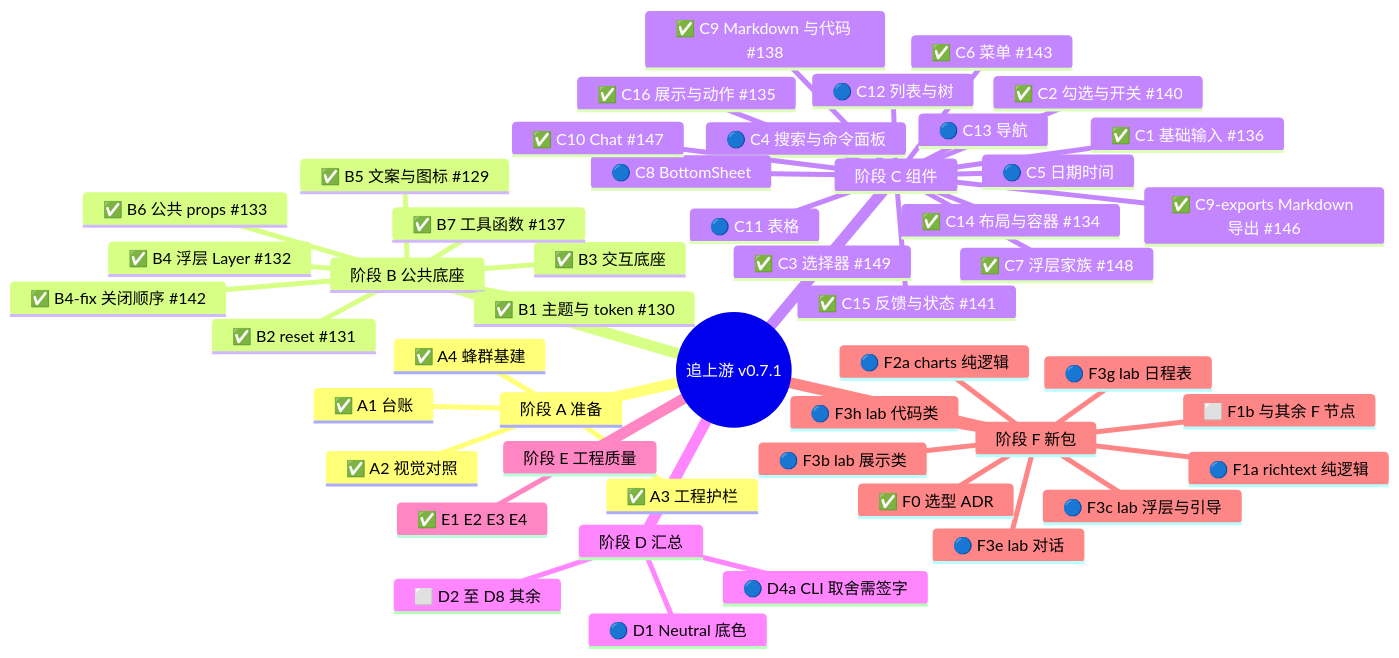
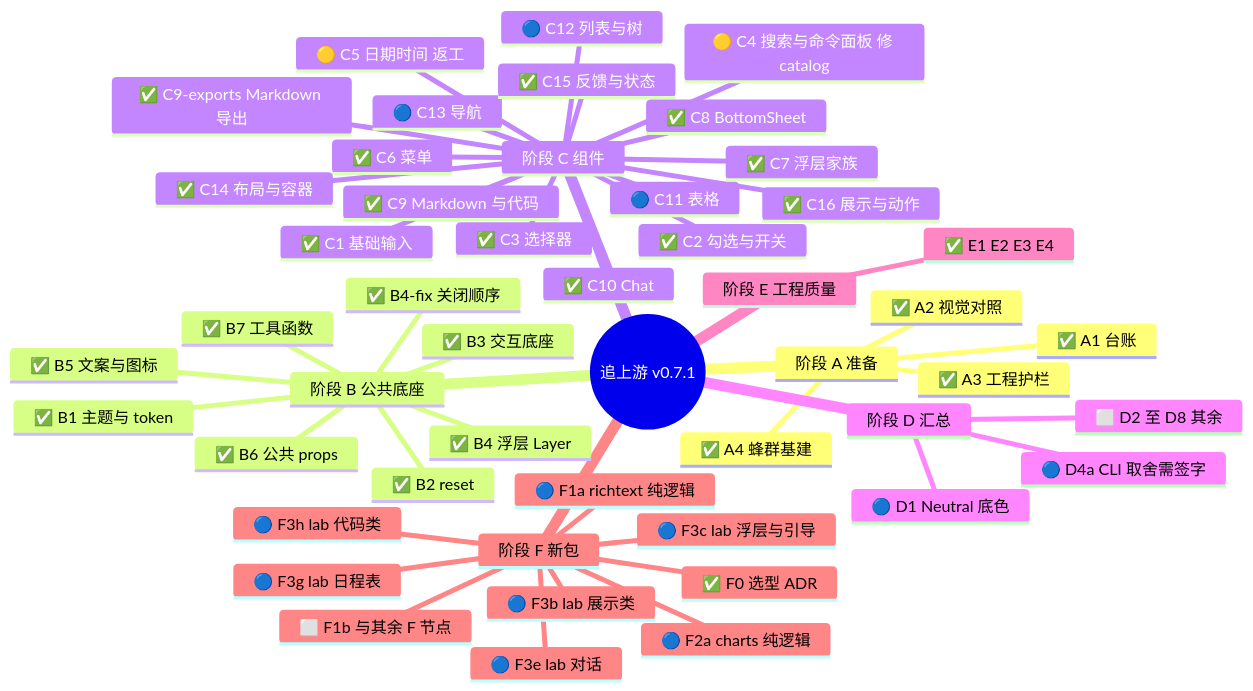
Before and after one commit to astryx-vue/astryx-vue: the diagram in .agents-work/upstream-sync-0.7.1/PR128-BODY.md, drawn with Mermaid. The commit also changed other lines of this file and 2 other files, not shown here.

First line of the commit message:
docs(swarm): 标 C8 已合入，C4 修 catalog，C5 返工

````diff
--- a/.agents-work/upstream-sync-0.7.1/PR128-BODY.md
+++ b/.agents-work/upstream-sync-0.7.1/PR128-BODY.md
@@ -19,52 +11,52 @@
 ```mermaid
 mindmap
   root((追上游 v0.7.1))
     阶段 A 准备
       ✅ A1 台账
       ✅ A2 视觉对照
       ✅ A3 工程护栏
       ✅ A4 蜂群基建
     阶段 B 公共底座
-      ✅ B1 主题与 token #130
-      ✅ B2 reset #131
+      ✅ B1 主题与 token
+      ✅ B2 reset
       ✅ B3 交互底座
-      ✅ B4 浮层 Layer #132
-      ✅ B4-fix 关闭顺序 #142
-      ✅ B5 文案与图标 #129
-      ✅ B6 公共 props #133
-      ✅ B7 工具函数 #137
+      ✅ B4 浮层 Layer
+      ✅ B4-fix 关闭顺序
+      ✅ B5 文案与图标
+      ✅ B6 公共 props
+      ✅ B7 工具函数
     阶段 C 组件
-      ✅ C1 基础输入 #136
-      ✅ C2 勾选与开关 #140
-      ✅ C3 选择器 #149
-      🔵 C4 搜索与命令面板
-      🔵 C5 日期时间
-      ✅ C6 菜单 #143
-      ✅ C7 浮层家族 #148
-      🔵 C8 BottomSheet
-      ✅ C9 Markdown 与代码 #138
-      ✅ C9-exports Markdown 导出 #146
-      ✅ C10 Chat #147
+      ✅ C1 基础输入
+      ✅ C2 勾选与开关
+      ✅ C3 选择器
+      🟡 C4 搜索与命令面板 修 catalog
+      🟡 C5 日期时间 返工
+      ✅ C6 菜单
+      ✅ C7 浮层家族
+      ✅ C8 BottomSheet
+      ✅ C9 Markdown 与代码
+      ✅ C9-exports Markdown 导出
+      ✅ C10 Chat
       🔵 C11 表格
       🔵 C12 列表与树
       🔵 C13 导航
-      ✅ C14 布局与容器 #134
-      ✅ C15 反馈与状态 #141
-      ✅ C16 展示与动作 #135
+      ✅ C14 布局与容器
+      ✅ C15 反馈与状态
+      ✅ C16 展示与动作
     阶段 D 汇总
       🔵 D1 Neutral 底色
       🔵 D4a CLI 取舍需签字
       ⬜ D2 至 D8 其余
     阶段 E 工程质量
       ✅ E1 E2 E3 E4
     阶段 F 新包
       ✅ F0 选型 ADR
       🔵 F1a richtext 纯逻辑
       🔵 F2a charts 纯逻辑
       🔵 F3b lab 展示类
       🔵 F3c lab 浮层与引导
       🔵 F3e lab 对话
       🔵 F3g lab 日程表
       🔵 F3h lab 代码类
       ⬜ F1b 与其余 F 节点
 ```
````
